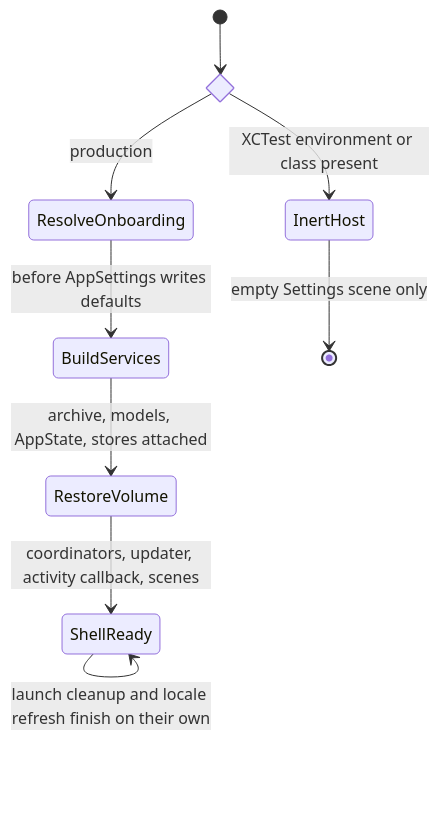
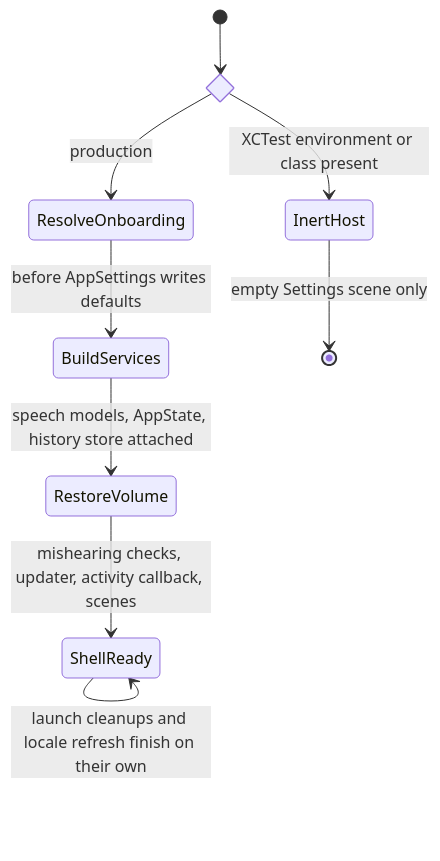
Before and after one commit to rafaelkupper/syrup: diagram 46 of 46 in docs/state-machines/providers-persistence-shell.md, drawn with Mermaid. The commit also changed other lines of this file and 4 other files, not shown here.

````diff
--- a/docs/state-machines/providers-persistence-shell.md
+++ b/docs/state-machines/providers-persistence-shell.md
@@ -1716,12 +1631,12 @@
 ```mermaid
 stateDiagram-v2
     state Host <<choice>>
     [*] --> Host
     Host --> InertHost: XCTest environment or class present
     Host --> ResolveOnboarding: production
     ResolveOnboarding --> BuildServices: before AppSettings writes defaults
-    BuildServices --> RestoreVolume: archive, models, AppState, stores attached
-    RestoreVolume --> ShellReady: coordinators, updater, activity callback, scenes
-    ShellReady --> ShellReady: launch cleanup and locale refresh finish on their own
+    BuildServices --> RestoreVolume: speech models, AppState, history store attached
+    RestoreVolume --> ShellReady: mishearing checks, updater, activity callback, scenes
+    ShellReady --> ShellReady: launch cleanups and locale refresh finish on their own
     InertHost --> [*]: empty Settings scene only
 ```
````
